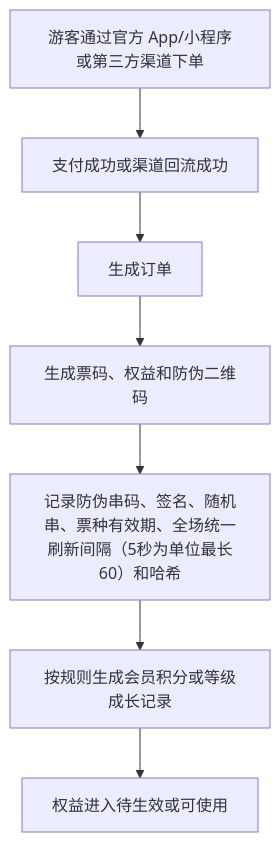
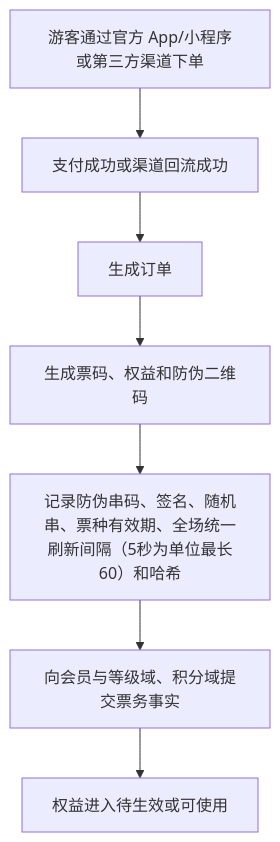
Before and after one commit to jxh1979/mall: the second of 5 diagrams in docs/ticketing-entitlement-checkin-product-prd-v0.1.md, drawn with Mermaid. The commit also changed other lines of this file and 25 other files, not shown here.

````diff
--- a/docs/ticketing-entitlement-checkin-product-prd-v0.1.md
+++ b/docs/ticketing-entitlement-checkin-product-prd-v0.1.md
@@ -249,9 +251,9 @@
 ```mermaid
 flowchart TD
   A["游客通过官方 App/小程序或第三方渠道下单"] --> B["支付成功或渠道回流成功"]
   B --> C["生成订单"]
   C --> D["生成票码、权益和防伪二维码"]
   D --> D1["记录防伪串码、签名、随机串、票种有效期、全场统一刷新间隔（5秒为单位最长60）和哈希"]
-  D1 --> E["按规则生成会员积分或等级成长记录"]
+  D1 --> E["向会员与等级域、积分域提交票务事实"]
   E --> F["权益进入待生效或可使用"]
 ```
````
